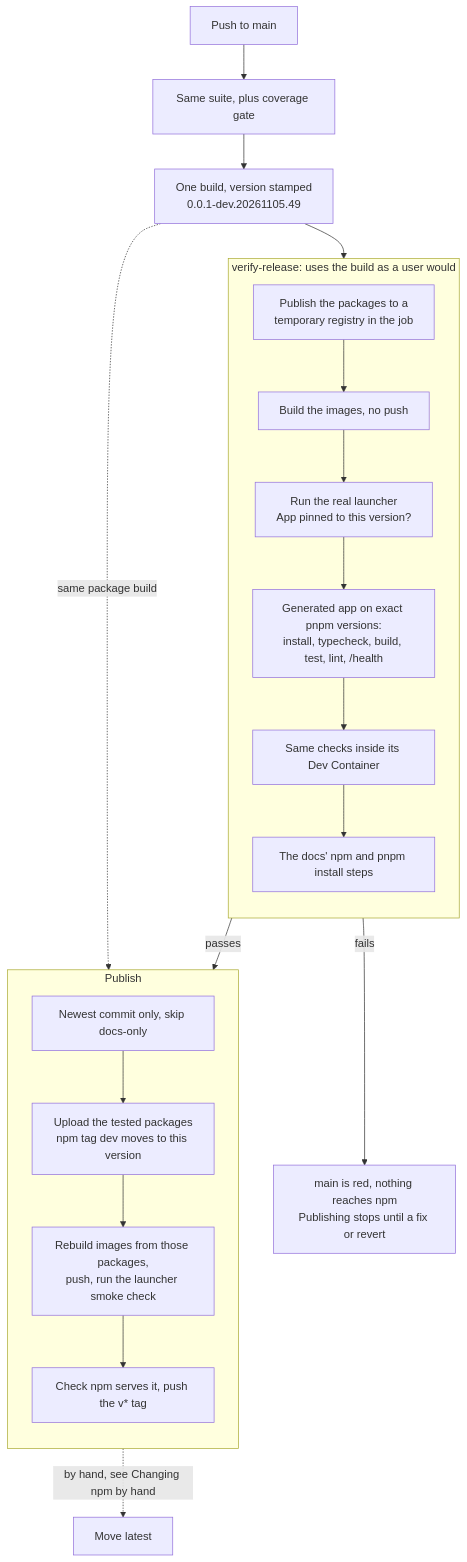
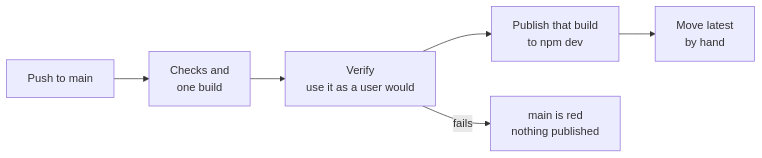
Before and after one commit to typesmiths/decohere: the second of 2 diagrams in docs/ci/README.md, drawn with Mermaid. The commit also changed other lines of this file, not shown here.

Commit message:
docs(ci): simplify the flow diagrams to the high-level steps

````diff
--- a/docs/ci/README.md
+++ b/docs/ci/README.md
@@ -40,24 +33,8 @@
 ```mermaid
-flowchart TD
-  push["Push to main"] --> suite["Same suite, plus coverage gate"]
-  suite --> build["One build, version stamped<br/>0.0.1-dev.20261105.49"]
-  build --> verify
-  subgraph verify["verify-release: uses the build as a user would"]
-    direction TB
-    registry["Publish the packages to a<br/>temporary registry in the job"] --> images["Build the images, no push"]
-    images --> launcher["Run the real launcher<br/>App pinned to this version?"]
-    launcher --> app["Generated app on exact pnpm versions:<br/>install, typecheck, build, test, lint, /health"]
-    app --> devcontainer["Same checks inside its Dev Container"]
-    devcontainer --> docsteps["The docs' npm and pnpm install steps"]
-  end
-  verify -- fails --> red["main is red, nothing reaches npm<br/>Publishing stops until a fix or revert"]
-  verify -- passes --> guard
-  subgraph publish["Publish"]
-    direction TB
-    guard["Newest commit only, skip docs-only"] --> upload["Upload the tested packages<br/>npm tag dev moves to this version"]
-    upload --> rebuilt["Rebuild images from those packages,<br/>push, run the launcher smoke check"]
-    rebuilt --> tag["Check npm serves it, push the v* tag"]
-  end
-  build -. "same package build" .-> upload
-  tag -. "by hand, see Changing npm by hand" .-> latest["Move latest"]
+flowchart LR
+  push["Push to main"] --> build["Checks and<br/>one build"]
+  build --> verify["Verify<br/>use it as a user would"]
+  verify --> publish["Publish that build<br/>to npm dev"]
+  publish --> latest["Move latest<br/>by hand"]
+  verify -- fails --> red["main is red<br/>nothing published"]
 ```
````
